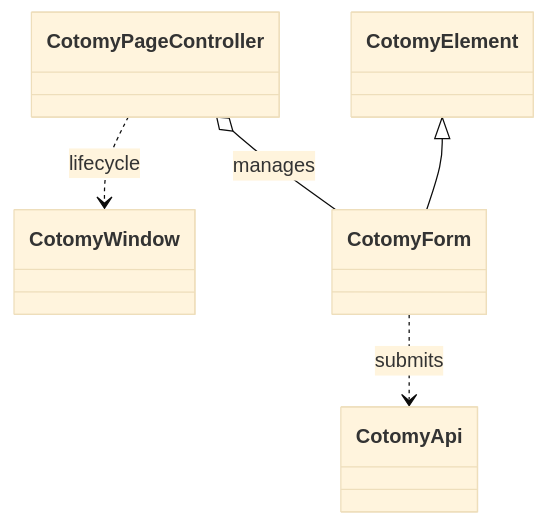
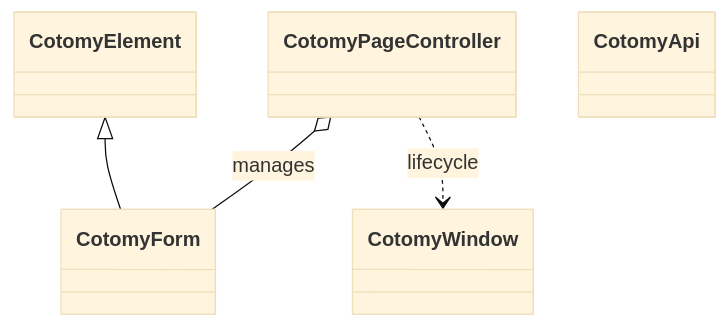
The diagram in docs/reference/getting-started/01-installation.md (yshr1920/cotomy-reference), drawn with Mermaid (base theme) before and after one commit. The commit also changed 10 other files, not shown here.

Commit message:
Clarify native and Cotomy-managed form responsibilities

````diff
--- a/docs/reference/getting-started/01-installation.md
+++ b/docs/reference/getting-started/01-installation.md
@@ -39,13 +39,12 @@
 ```mermaid
 classDiagram
 class CotomyWindow
 class CotomyPageController
 class CotomyElement
 class CotomyForm
 class CotomyApi
 
 CotomyElement <|-- CotomyForm
-CotomyForm ..> CotomyApi : submits
 CotomyPageController o-- CotomyForm : manages
 CotomyPageController ..> CotomyWindow : lifecycle
 ```
````
